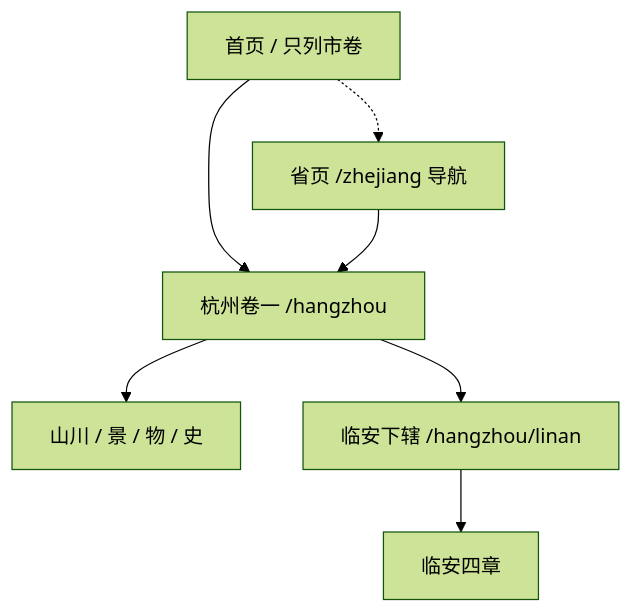
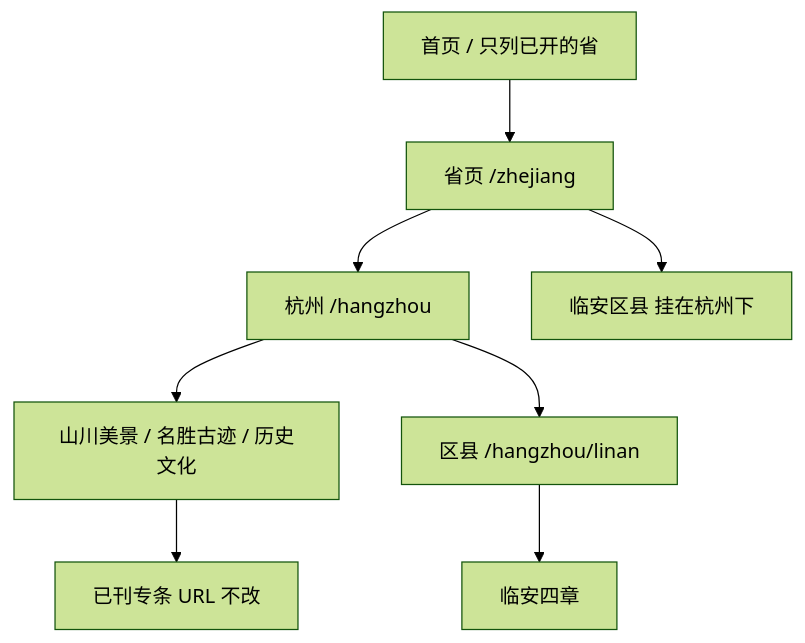
One commit to robinv8/jiuzhou-world changed the fifth of 7 diagrams in brain/flow.md. Above: the diagram before and after it, drawn with Mermaid (forest theme). The commit also changed other lines of this file and 20 other files, not shown here.

````diff
--- a/brain/flow.md
+++ b/brain/flow.md
@@ -84,9 +84,10 @@
 ```mermaid
 flowchart TD
-  Home["首页 / 只列市卷"] --> HZ["杭州卷一 /hangzhou"]
-  Home -.-> ZJ["省页 /zhejiang 导航"]
-  ZJ --> HZ
-  HZ --> Ch["山川 / 景 / 物 / 史"]
-  HZ --> LA["临安下辖 /hangzhou/linan"]
-  LA --> ChL["临安四章"]
+  Home["首页 / 只列已开的省"] --> ZJ["省页 /zhejiang"]
+  ZJ --> HZ["杭州 /hangzhou"]
+  ZJ --> LA["临安区县 挂在杭州下"]
+  HZ --> Cat["山川美景 / 名胜古迹 / 历史文化"]
+  Cat --> Pages["已刊专条 URL 不改"]
+  HZ --> LA2["区县 /hangzhou/linan"]
+  LA2 --> ChL["临安四章"]
 ```
````
